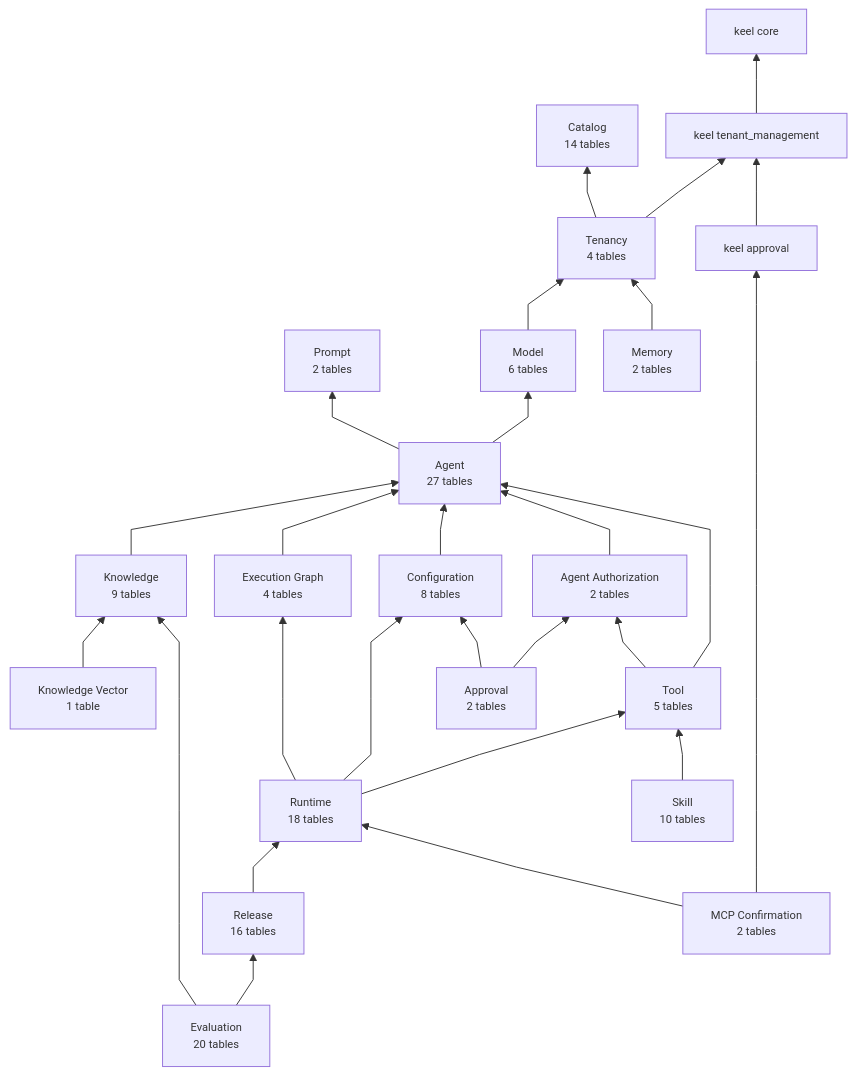
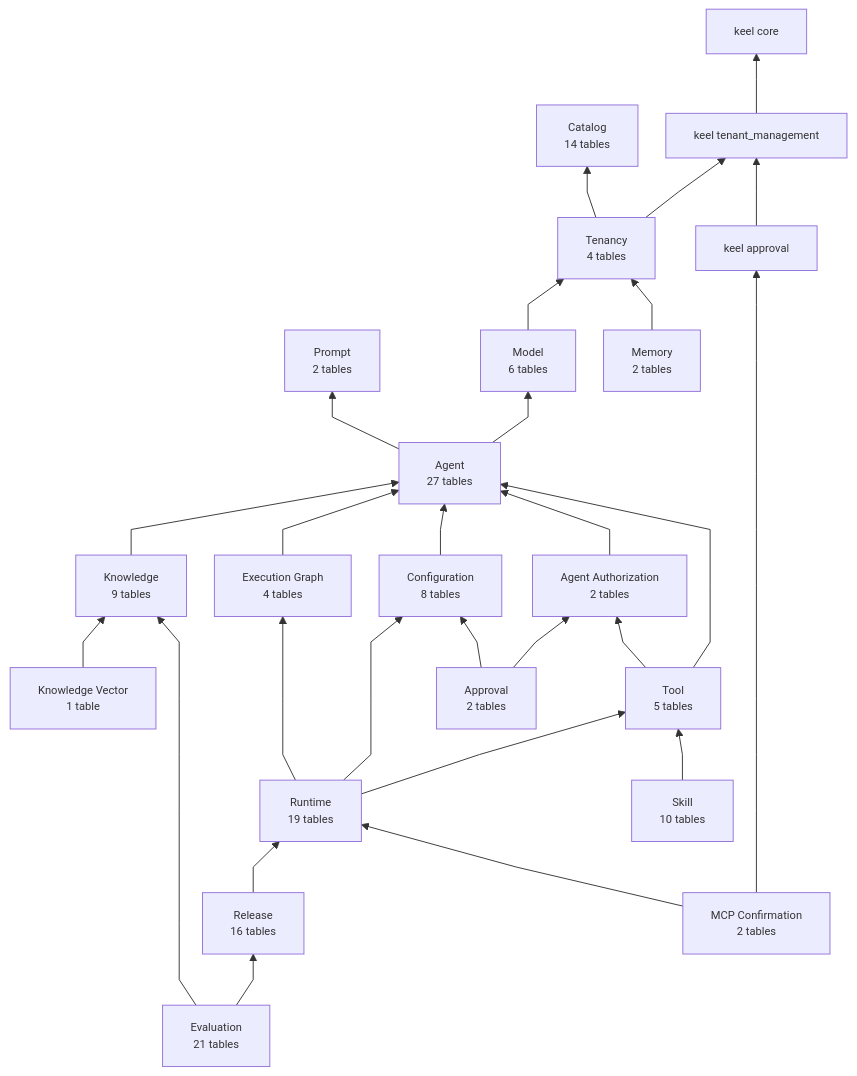
The first of 24 diagrams in doc/database.md (nauticana/scout), drawn with Mermaid before and after one commit. The commit also changed other lines of this file and 239 other files, not shown here.

Commit message:
keel 1.3.0 API JSON, Charter 1.6, authenticated-only routes, outcome settlement, working sets, assurance metrics

````diff
--- a/doc/database.md
+++ b/doc/database.md
@@ -21,57 +21,57 @@
 ```mermaid
 %%{init: {"flowchart": {"curve": "linear", "nodeSpacing": 30, "rankSpacing": 55, "diagramPadding": 12}, "themeVariables": {"fontSize": "12px"}}}%%
 flowchart BT
 
     agent --> prompt
     tenancy --> catalog
     tenant_management --> core
 
     tenancy --> tenant_management
     keel_approval --> tenant_management
 
     model --> tenancy
     memory --> tenancy
 
     agent --> model
     knowledge --> agent
     execution_graph_module --> agent
     configuration_module --> agent
     agent_authorization_module --> agent
     approval --> agent_authorization_module
     tool --> agent_authorization_module
     tool --> agent
 
     runtime --> tool
     runtime --> configuration_module
     runtime --> execution_graph_module
     knowledge_vector --> knowledge
     approval --> configuration_module
     skill --> tool
     release --> runtime
     mcp_confirmation --> runtime
     mcp_confirmation --> keel_approval
     evaluation --> knowledge
     evaluation --> release
 
     core["keel core"]
     tenant_management["keel tenant_management"]
     keel_approval["keel approval"]
     catalog["Catalog<br/>14 tables"]
     tenancy["Tenancy<br/>4 tables"]
     prompt["Prompt<br/>2 tables"]
     model["Model<br/>6 tables"]
     agent["Agent<br/>27 tables"]
     tool["Tool<br/>5 tables"]
     execution_graph_module["Execution Graph<br/>4 tables"]
     knowledge["Knowledge<br/>9 tables"]
     knowledge_vector["Knowledge Vector<br/>1 table"]
-    runtime["Runtime<br/>18 tables"]
+    runtime["Runtime<br/>19 tables"]
     release["Release<br/>16 tables"]
-    evaluation["Evaluation<br/>20 tables"]
+    evaluation["Evaluation<br/>21 tables"]
     agent_authorization_module["Agent Authorization<br/>2 tables"]
     configuration_module["Configuration<br/>8 tables"]
     approval["Approval<br/>2 tables"]
     skill["Skill<br/>10 tables"]
     memory["Memory<br/>2 tables"]
     mcp_confirmation["MCP Confirmation<br/>2 tables"]
 ```
````
